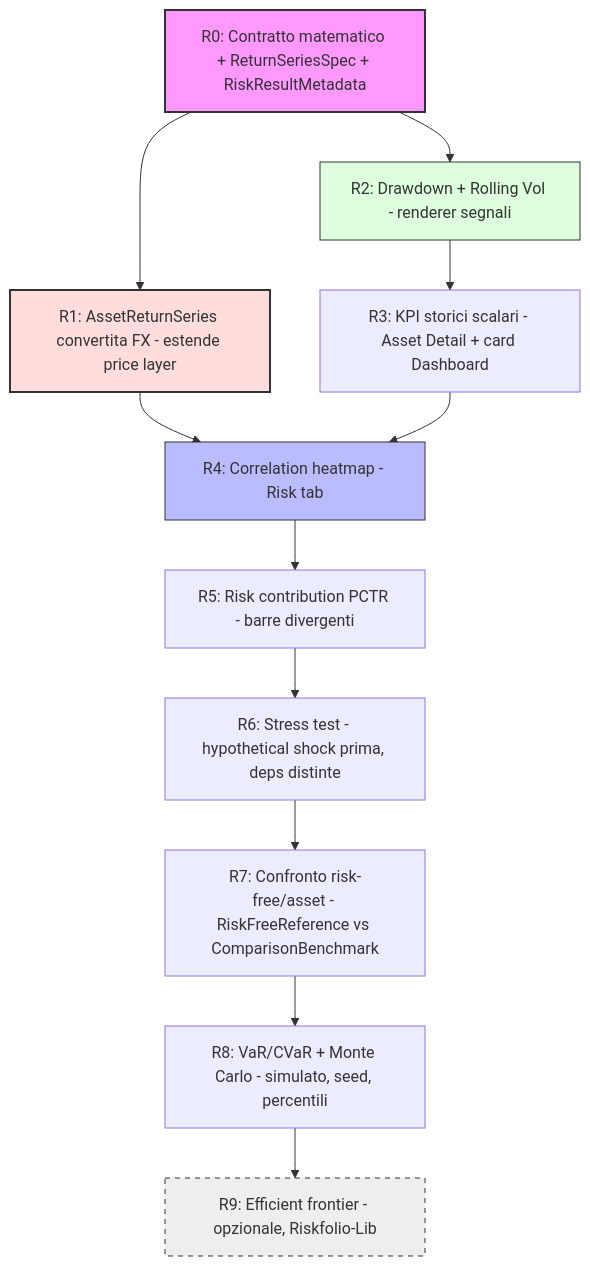
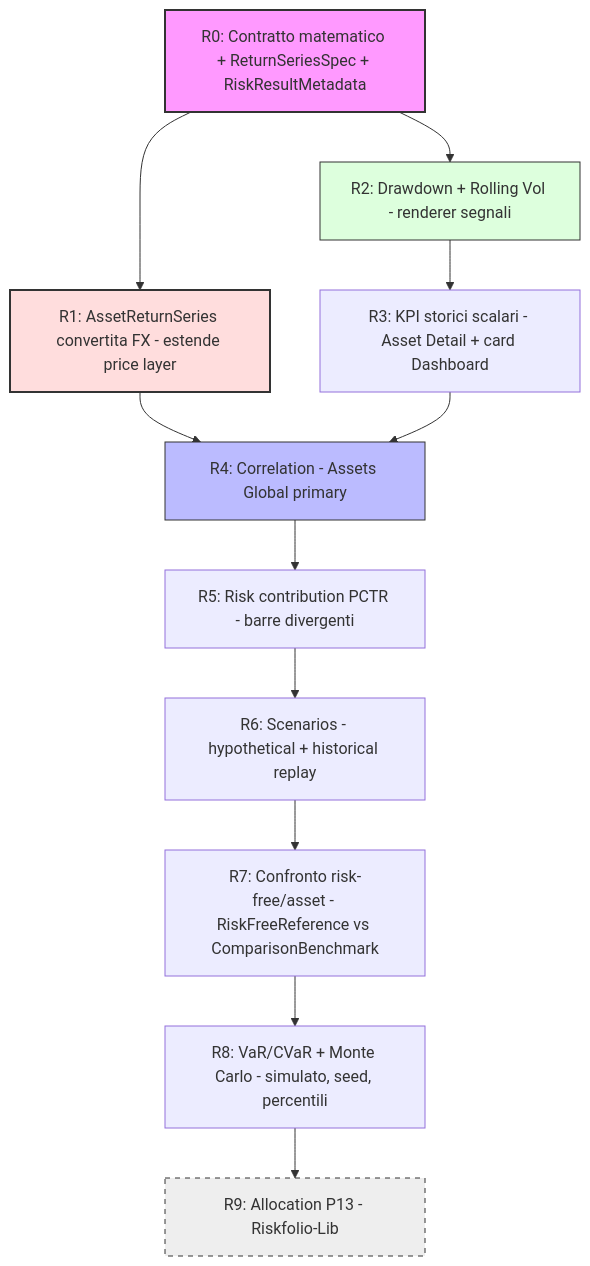
One commit to Librefolio/LibreFolio changed the diagram in LibreFolio_developer_journal/Release_2/Phase_0/02_riskfolioIntegration/analysis-phase01RiskModularityAndPlacement.md. Above: the diagram before and after it, drawn with Mermaid. The commit also changed other lines of this file and 64 other files, not shown here.

````diff
--- a/LibreFolio_developer_journal/Release_2/Phase_0/02_riskfolioIntegration/analysis-phase01RiskModularityAndPlacement.md
+++ b/LibreFolio_developer_journal/Release_2/Phase_0/02_riskfolioIntegration/analysis-phase01RiskModularityAndPlacement.md
@@ -439,19 +463,19 @@
 ```mermaid
 graph TD
     R0[R0: Contratto matematico + ReturnSeriesSpec + RiskResultMetadata] --> R1[R1: AssetReturnSeries convertita FX - estende price layer]
     R0 --> R2[R2: Drawdown + Rolling Vol - renderer segnali]
     R2 --> R3[R3: KPI storici scalari - Asset Detail + card Dashboard]
-    R1 --> R4[R4: Correlation heatmap - Risk tab]
+    R1 --> R4[R4: Correlation - Assets Global primary]
     R3 --> R4
     R4 --> R5[R5: Risk contribution PCTR - barre divergenti]
-    R5 --> R6[R6: Stress test - hypothetical shock prima, deps distinte]
+    R5 --> R6[R6: Scenarios - hypothetical + historical replay]
     R6 --> R7[R7: Confronto risk-free/asset - RiskFreeReference vs ComparisonBenchmark]
     R7 --> R8[R8: VaR/CVaR + Monte Carlo - simulato, seed, percentili]
-    R8 --> R9[R9: Efficient frontier - opzionale, Riskfolio-Lib]
+    R8 --> R9[R9: Allocation P13 - Riskfolio-Lib]
 
     style R0 fill:#f9f,stroke:#333,stroke-width:2px
     style R1 fill:#fdd,stroke:#333,stroke-width:2px
     style R2 fill:#dfd,stroke:#333
     style R4 fill:#bbf,stroke:#333
     style R9 fill:#eee,stroke:#333,stroke-dasharray: 5 5
 ```
````
